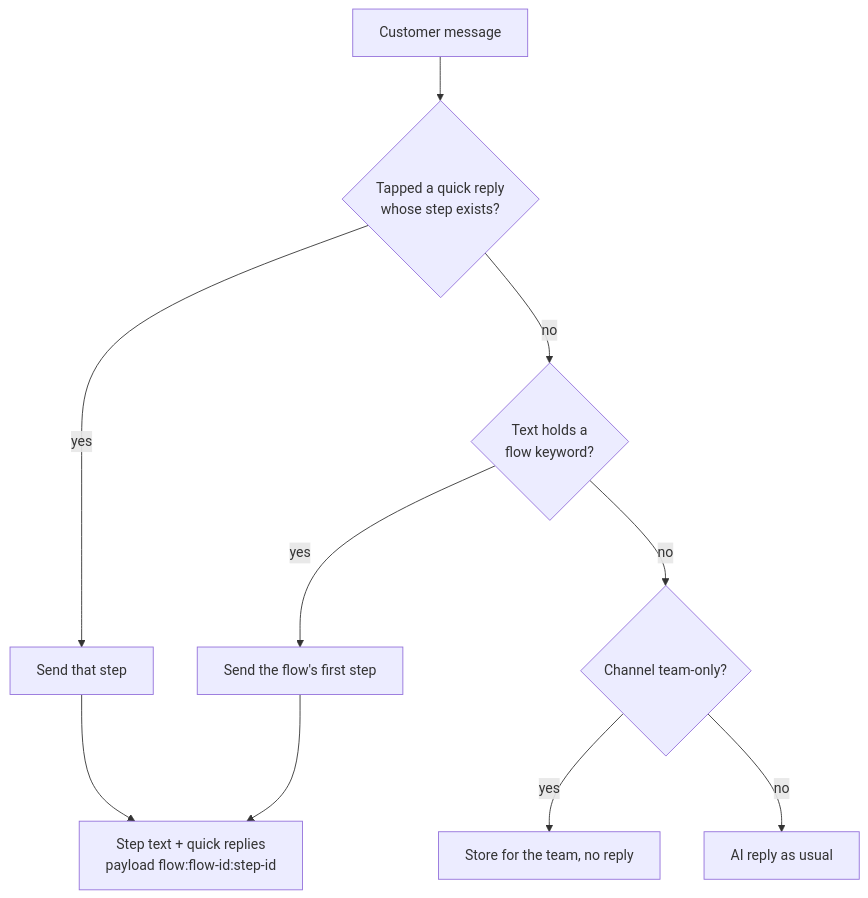
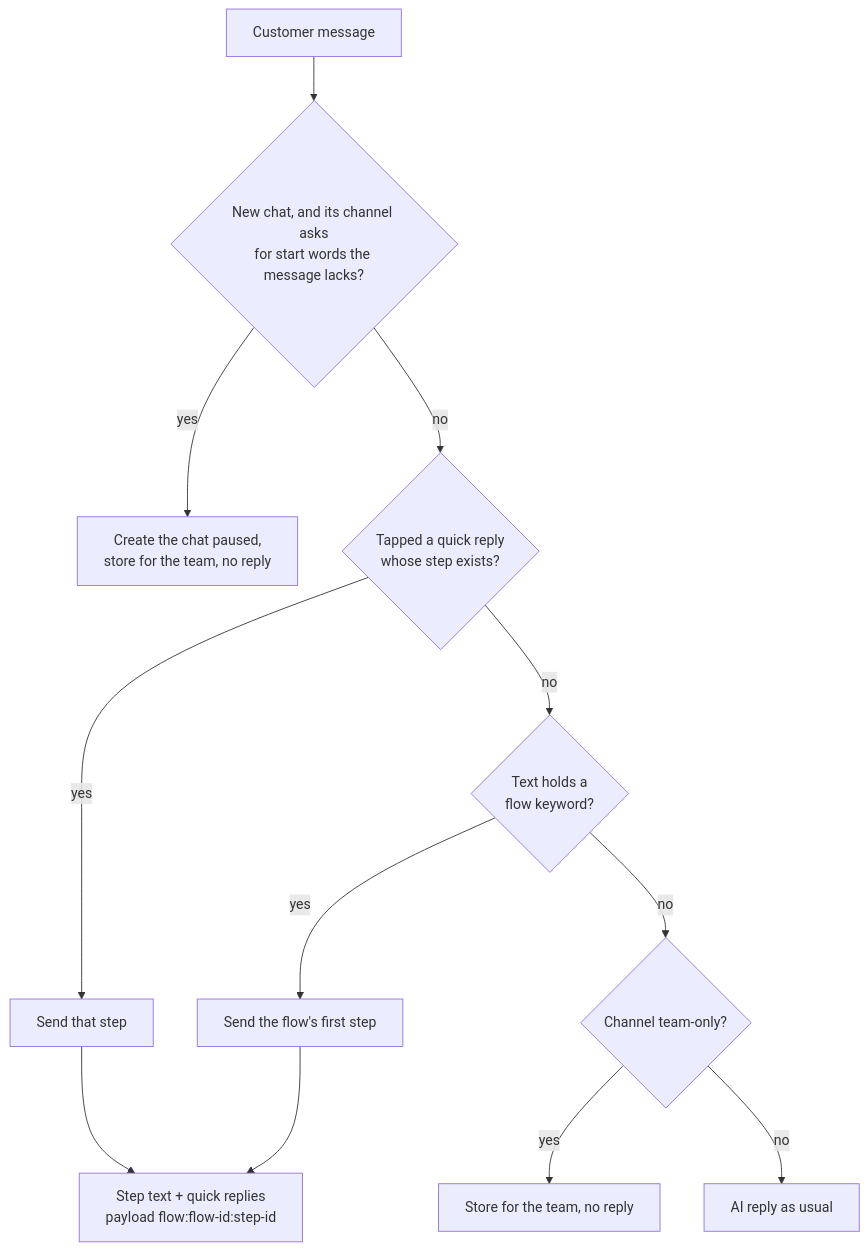
Before and after one commit to rfm-9300/rfm-edubot: diagram 23 of 25 in docs/architecture.md, drawn with Mermaid. The commit also changed other lines of this file and 24 other files, not shown here.

First line of the commit message:
Answer a new chat only when its first message holds a start word (#111)

````diff
--- a/docs/architecture.md
+++ b/docs/architecture.md
@@ -1503,11 +1503,13 @@
 ```mermaid
 flowchart TD
-    IN[Customer message] --> TAP{"Tapped a quick reply<br/>whose step exists?"}
+    IN[Customer message] --> GATE{"New chat, and its channel asks<br/>for start words the message lacks?"}
+    GATE -->|yes| HOLD["Create the chat paused,<br/>store for the team, no reply"]
+    GATE -->|no| TAP{"Tapped a quick reply<br/>whose step exists?"}
     TAP -->|yes| STEP[Send that step]
     TAP -->|no| KW{"Text holds a<br/>flow keyword?"}
     KW -->|yes| FIRST["Send the flow's first step"]
     KW -->|no| TEAM{"Channel team-only?"}
     TEAM -->|yes| STORE["Store for the team, no reply"]
     TEAM -->|no| AI["AI reply as usual"]
     STEP & FIRST --> SEND["Step text + quick replies<br/>payload flow:flow-id:step-id"]
 ```
````
